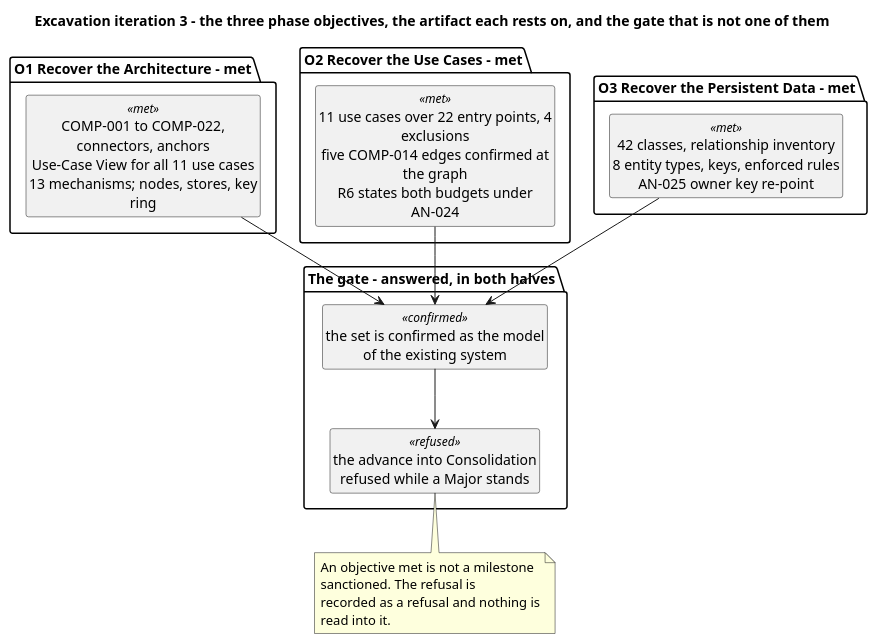
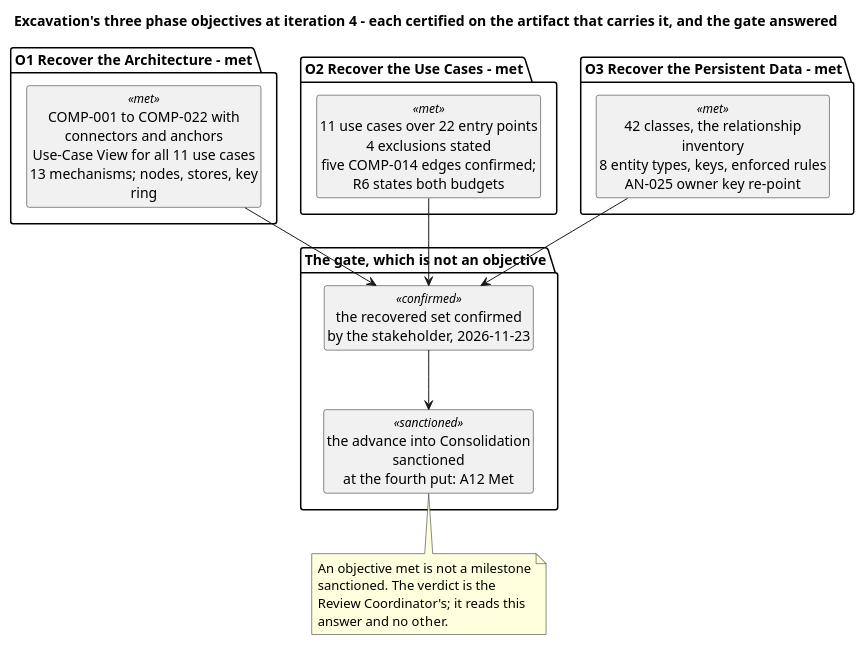
The first of 5 diagrams in docs/artifacts/project-management/iteration-assessment.md (banense-test/TodoApp), drawn with PlantUML before and after one commit. The commit also changed other lines of this file, not shown here.

Commit message:
Project Manager [Excavation4]: upsert Iteration Assessment
[skip ci]

````diff
--- a/docs/artifacts/project-management/iteration-assessment.md
+++ b/docs/artifacts/project-management/iteration-assessment.md
@@ -11,31 +11,31 @@
 ```plantuml
 @startuml
-title Excavation iteration 3 - the three phase objectives, the artifact each rests on, and the gate that is not one of them
+title Excavation's three phase objectives at iteration 4 - each certified on the artifact that carries it, and the gate answered
 skinparam shadowing false
 skinparam wrapWidth 235
 hide circle
 hide empty members
 
 package "O1 Recover the Architecture - met" {
-  class "COMP-001 to COMP-022, connectors, anchors\nUse-Case View for all 11 use cases\n13 mechanisms; nodes, stores, key ring" as O1 <<met>>
+  class "COMP-001 to COMP-022 with connectors and anchors\nUse-Case View for all 11 use cases\n13 mechanisms; nodes, stores, key ring" as O1 <<met>>
 }
 package "O2 Recover the Use Cases - met" {
-  class "11 use cases over 22 entry points, 4 exclusions\nfive COMP-014 edges confirmed at the graph\nR6 states both budgets under AN-024" as O2 <<met>>
+  class "11 use cases over 22 entry points\n4 exclusions stated\nfive COMP-014 edges confirmed; R6 states both budgets" as O2 <<met>>
 }
 package "O3 Recover the Persistent Data - met" {
-  class "42 classes, relationship inventory\n8 entity types, keys, enforced rules\nAN-025 owner key re-point" as O3 <<met>>
+  class "42 classes, the relationship inventory\n8 entity types, keys, enforced rules\nAN-025 owner key re-point" as O3 <<met>>
 }
-package "The gate - answered, in both halves" {
-  class "the set is confirmed as the model\nof the existing system" as CF <<confirmed>>
-  class "the advance into Consolidation\nrefused while a Major stands" as RF <<refused>>
+package "The gate, which is not an objective" {
+  class "the recovered set confirmed\nby the stakeholder, 2026-11-23" as CF <<confirmed>>
+  class "the advance into Consolidation sanctioned\nat the fourth put: A12 Met" as RF <<sanctioned>>
 }
 O1 --> CF
 O2 --> CF
 O3 --> CF
 CF --> RF
 note bottom of RF
-  An objective met is not a milestone sanctioned. The refusal is
-  recorded as a refusal and nothing is read into it.
+  An objective met is not a milestone sanctioned. The verdict is the
+  Review Coordinator's; it reads this answer and no other.
 end note
 @enduml
 ```
````
